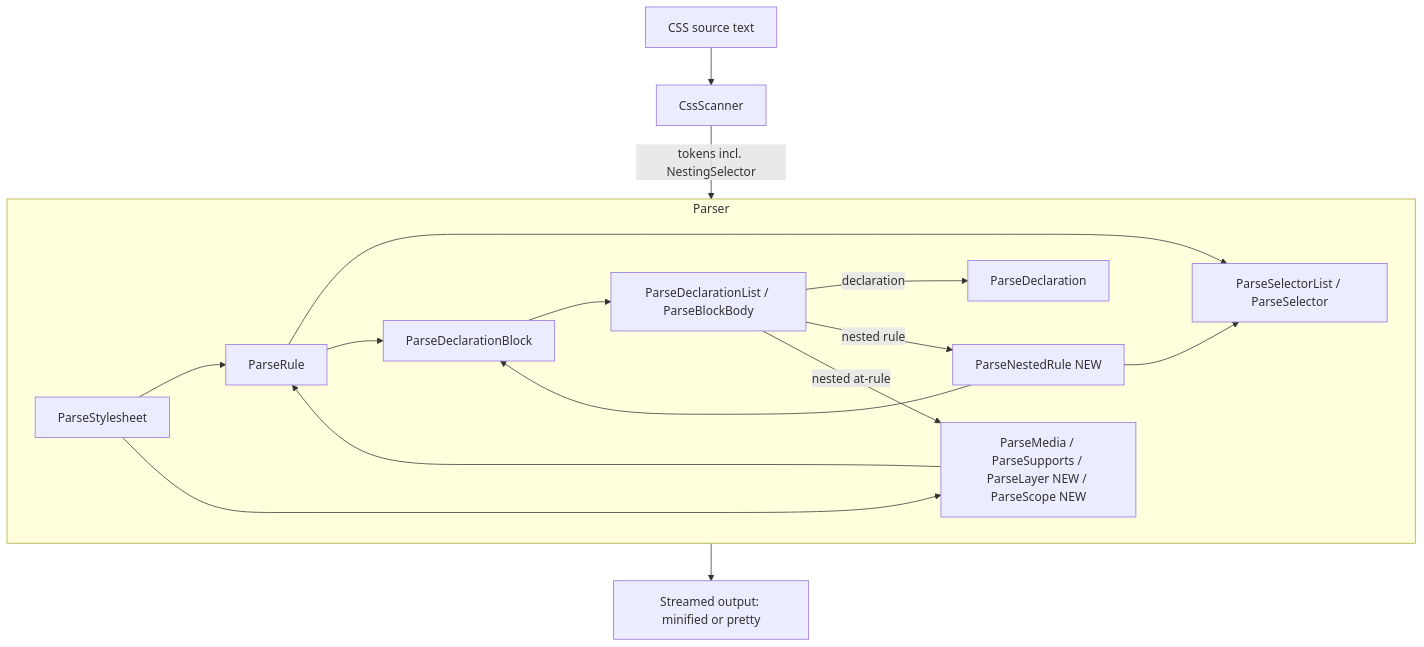
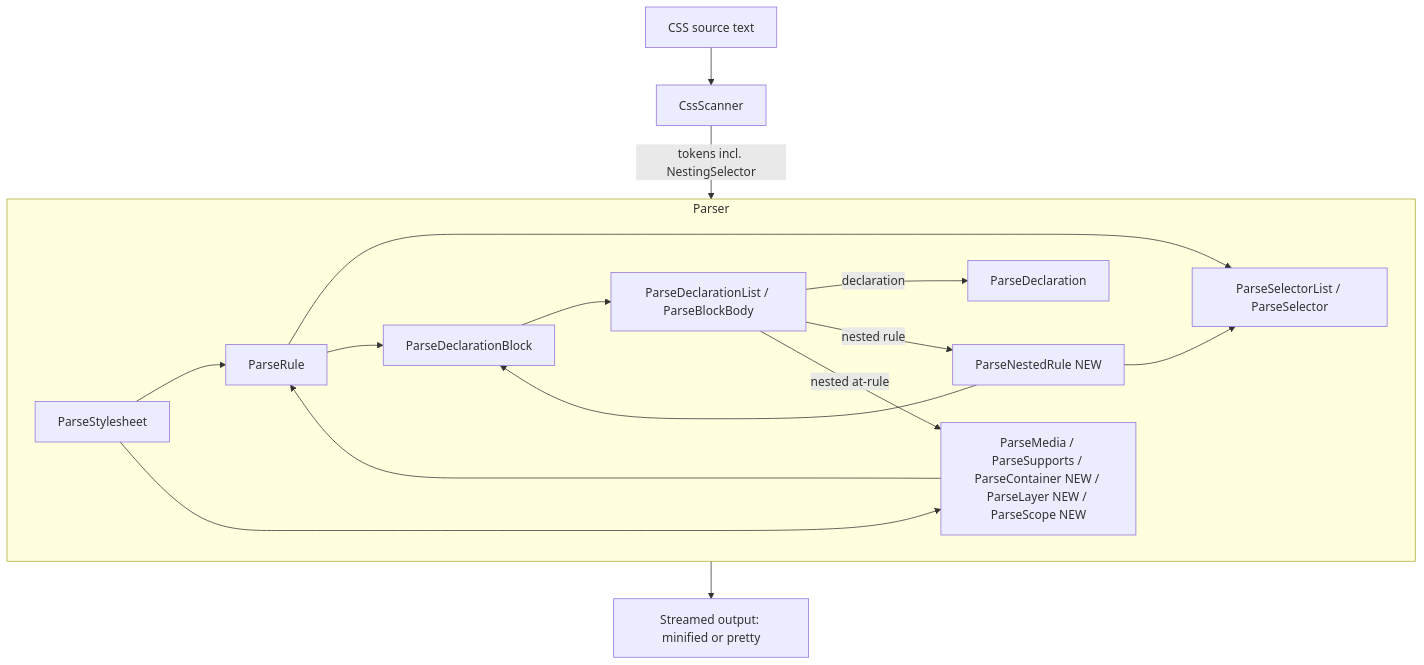
The first of 2 diagrams in .kiro/specs/css-nesting/design.md (jbest84/NUglify), drawn with Mermaid before and after one commit. The commit also changed other lines of this file and 5 other files, not shown here.

````diff
--- a/.kiro/specs/css-nesting/design.md
+++ b/.kiro/specs/css-nesting/design.md
@@ -32,30 +32,30 @@
 ```mermaid
 flowchart TD
     Source[CSS source text] --> Scanner[CssScanner]
     Scanner -->|tokens incl. NestingSelector| Parser[CssParser]
 
     subgraph Parser
         PStyle[ParseStylesheet]
         PRule[ParseRule]
         PBlock[ParseDeclarationBlock]
         PList[ParseDeclarationList / ParseBlockBody]
         PDecl[ParseDeclaration]
         PNested[ParseNestedRule NEW]
         PSel[ParseSelectorList / ParseSelector]
-        PAt[ParseMedia / ParseSupports / ParseLayer NEW / ParseScope NEW]
+        PAt[ParseMedia / ParseSupports / ParseContainer NEW / ParseLayer NEW / ParseScope NEW]
 
         PStyle --> PRule
         PStyle --> PAt
         PRule --> PSel
         PRule --> PBlock
         PBlock --> PList
         PList -->|declaration| PDecl
         PList -->|nested rule| PNested
         PList -->|nested at-rule| PAt
         PNested --> PSel
         PNested --> PBlock
         PAt --> PRule
     end
 
     Parser --> Out[Streamed output: minified or pretty]
 ```
````
